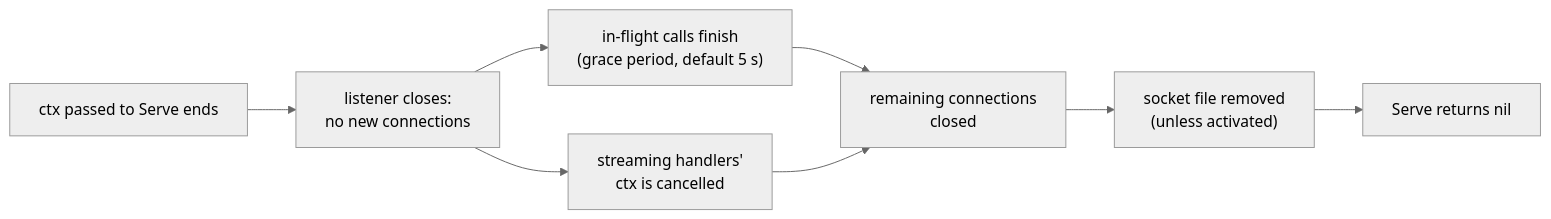
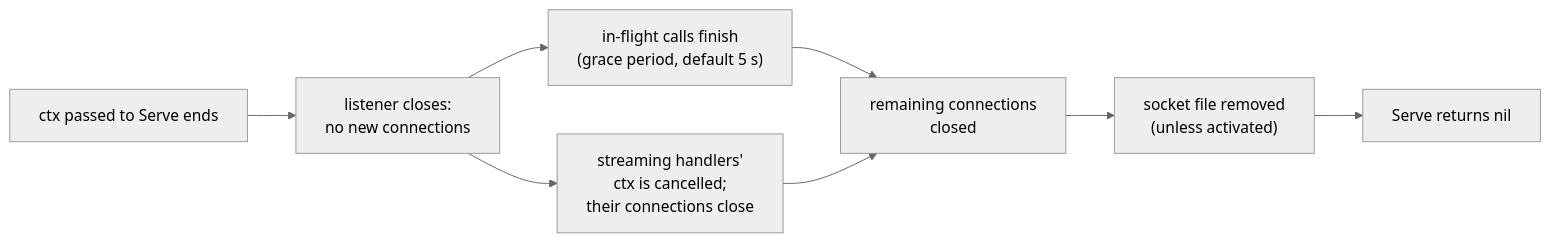
The second of 2 diagrams in docs/guides/server.md (rossedman/sdvarlink), drawn with Mermaid (neutral theme) before and after one commit. The commit also changed other lines of this file and 8 other files, not shown here.

````diff
--- a/docs/guides/server.md
+++ b/docs/guides/server.md
@@ -258,10 +276,10 @@
 ```mermaid
 flowchart LR
     A["ctx passed to Serve ends"] --> B["listener closes:<br/>no new connections"]
-    B --> C["streaming handlers'<br/>ctx is cancelled"]
+    B --> C["streaming handlers'<br/>ctx is cancelled;<br/>their connections close"]
     B --> D["in-flight calls finish<br/>(grace period, default 5 s)"]
     D --> E["remaining connections<br/>closed"]
     C --> E
     E --> F["socket file removed<br/>(unless activated)"]
     F --> G["Serve returns nil"]
 ```
````
